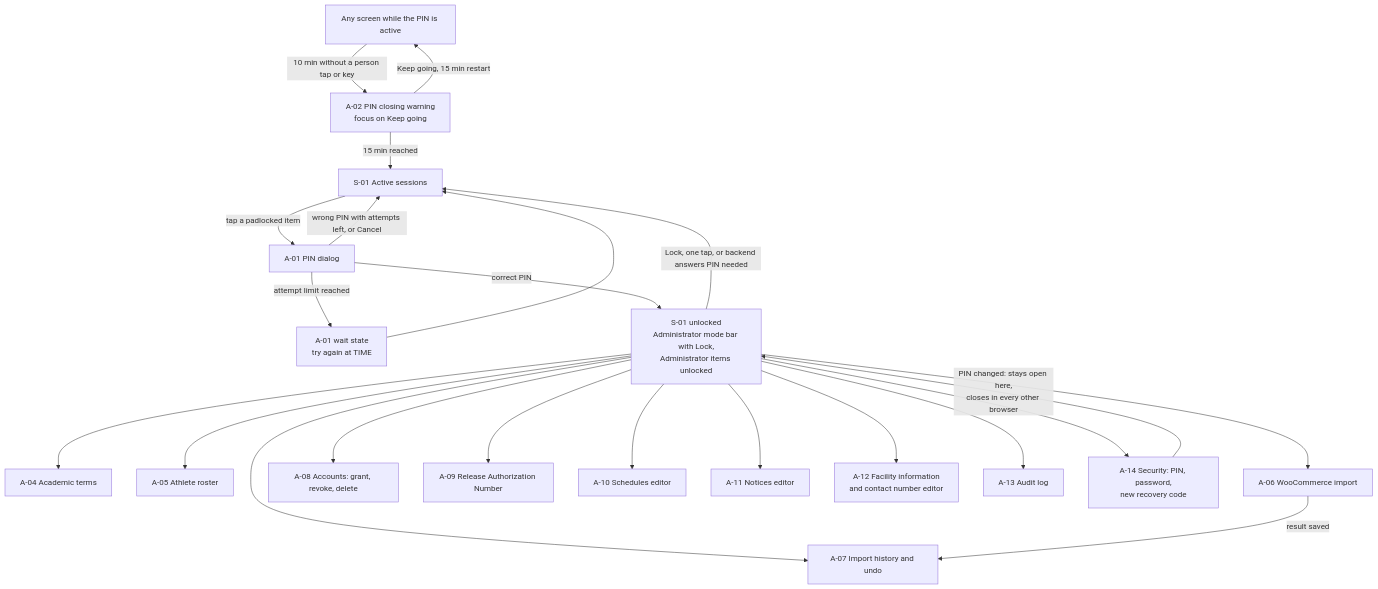
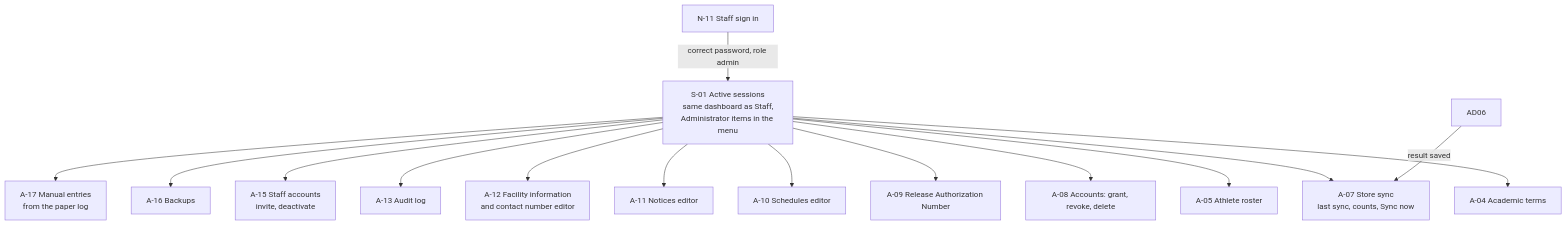
The fifth of 7 diagrams in docs/design/screen-map.md (Th3-Minorities/natatorio-gym-app), drawn with Mermaid before and after one commit. The commit also changed other lines of this file and 8 other files, not shown here.

Commit message:
Update the SRS and design docs for personal staff accounts, check-out, one roster, store sync and the other meeting decisions

````diff
--- a/docs/design/screen-map.md
+++ b/docs/design/screen-map.md
@@ -159,25 +155,17 @@
 ```mermaid
 flowchart TD
-  S01["S-01 Active sessions"] -->|"tap a padlocked item"| AD01["A-01 PIN dialog"]
-  AD01 -->|"wrong PIN with attempts left, or Cancel"| S01
-  AD01 -->|"attempt limit reached"| W["A-01 wait state<br/>try again at TIME"]
-  W --> S01
-  AD01 -->|"correct PIN"| UNL["S-01 unlocked<br/>Administrator mode bar with Lock,<br/>Administrator items unlocked"]
-  UNL --> AD04["A-04 Academic terms"]
-  UNL --> AD05["A-05 Athlete roster"]
-  UNL --> AD06["A-06 WooCommerce import"]
-  UNL --> AD07["A-07 Import history and undo"]
-  UNL --> AD08["A-08 Accounts: grant, revoke, delete"]
-  UNL --> AD09["A-09 Release Authorization Number"]
-  UNL --> AD10["A-10 Schedules editor"]
-  UNL --> AD11["A-11 Notices editor"]
-  UNL --> AD12["A-12 Facility information<br/>and contact number editor"]
-  UNL --> AD13["A-13 Audit log"]
-  UNL --> AD14["A-14 Security: PIN, password,<br/>new recovery code"]
+  N11["N-11 Staff sign in"] -->|"correct password, role admin"| S01["S-01 Active sessions<br/>same dashboard as Staff,<br/>Administrator items in the menu"]
+  S01 --> AD04["A-04 Academic terms"]
+  S01 --> AD05["A-05 Athlete roster"]
+  S01 --> AD07["A-07 Store sync<br/>last sync, counts, Sync now"]
+  S01 --> AD08["A-08 Accounts: grant, revoke, delete"]
+  S01 --> AD09["A-09 Release Authorization Number"]
+  S01 --> AD10["A-10 Schedules editor"]
+  S01 --> AD11["A-11 Notices editor"]
+  S01 --> AD12["A-12 Facility information<br/>and contact number editor"]
+  S01 --> AD13["A-13 Audit log"]
+  S01 --> AD15["A-15 Staff accounts<br/>invite, deactivate"]
+  S01 --> AD16["A-16 Backups"]
+  S01 --> AD17["A-17 Manual entries<br/>from the paper log"]
   AD06 -->|"result saved"| AD07
-  AD14 -->|"PIN changed: stays open here,<br/>closes in every other browser"| UNL
-  ANY["Any screen while the PIN is active"] -->|"10 min without a person tap or key"| AD02["A-02 PIN closing warning<br/>focus on Keep going"]
-  AD02 -->|"Keep going, 15 min restart"| ANY
-  AD02 -->|"15 min reached"| S01
-  UNL -->|"Lock, one tap, or backend answers PIN needed"| S01
 ```
````
